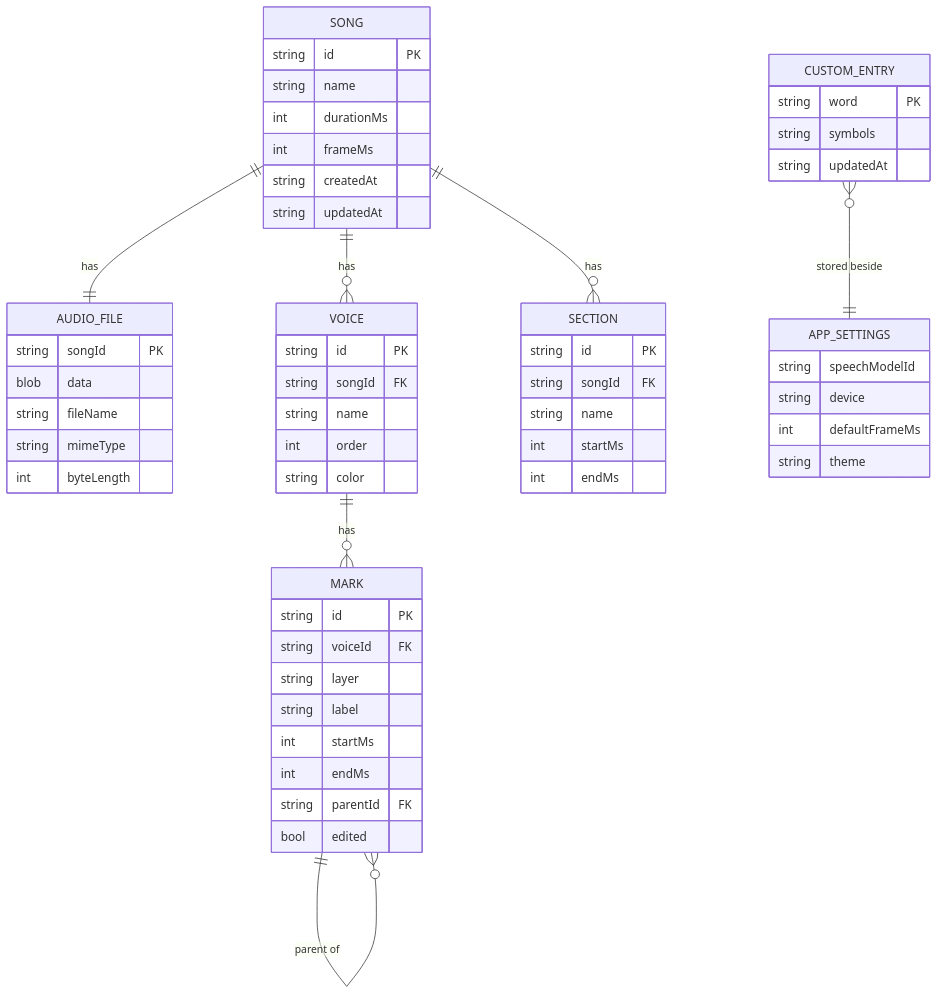
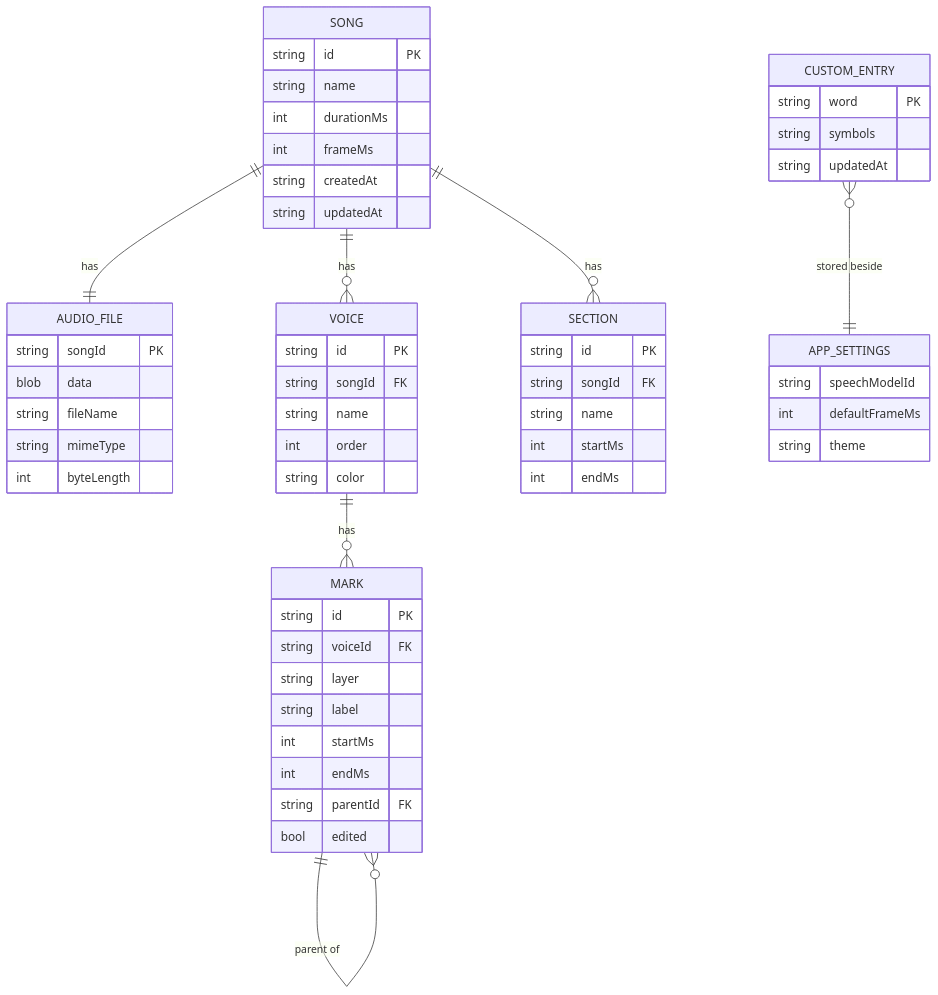
Before and after one commit to sniper7kills/xlights-singing-face-timing: the second of 2 diagrams in docs/specs/spec.md, drawn with Mermaid. The commit also changed other lines of this file and 6 other files, not shown here.

````diff
--- a/docs/specs/spec.md
+++ b/docs/specs/spec.md
@@ -238,59 +238,58 @@
 ```mermaid
 erDiagram
   SONG ||--|| AUDIO_FILE : has
   SONG ||--o{ VOICE : has
   SONG ||--o{ SECTION : has
   VOICE ||--o{ MARK : has
   MARK ||--o{ MARK : "parent of"
   CUSTOM_ENTRY }o--|| APP_SETTINGS : "stored beside"
   SONG {
     string id PK
     string name
     int durationMs
     int frameMs
     string createdAt
     string updatedAt
   }
   AUDIO_FILE {
     string songId PK
     blob data
     string fileName
     string mimeType
     int byteLength
   }
   VOICE {
     string id PK
     string songId FK
     string name
     int order
     string color
   }
   SECTION {
     string id PK
     string songId FK
     string name
     int startMs
     int endMs
   }
   MARK {
     string id PK
     string voiceId FK
     string layer
     string label
     int startMs
     int endMs
     string parentId FK
     bool edited
   }
   CUSTOM_ENTRY {
     string word PK
     string symbols
     string updatedAt
   }
   APP_SETTINGS {
     string speechModelId
-    string device
     int defaultFrameMs
     string theme
   }
 ```
````
